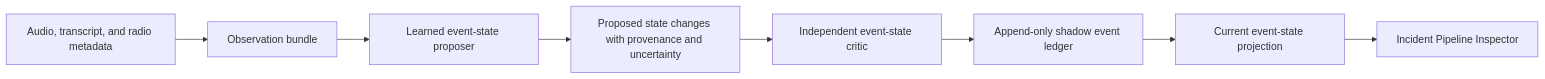
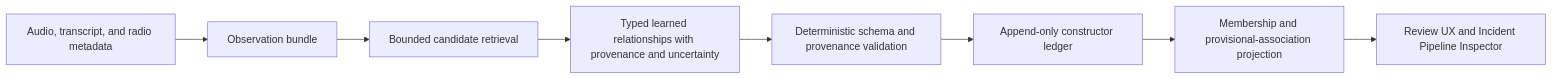
Before and after one commit to lilhoser/pizzawave: the diagram in docs/incident-pipeline-blank-slate-architecture.md, drawn with Mermaid. The commit also changed other lines of this file and 20 other files, not shown here.

Commit message:
Build typed incident association constructor

````diff
--- a/docs/incident-pipeline-blank-slate-architecture.md
+++ b/docs/incident-pipeline-blank-slate-architecture.md
@@ -123,10 +123,10 @@
 ```mermaid
 flowchart LR
     A["Audio, transcript, and radio metadata"] --> B["Observation bundle"]
-    B --> C["Learned event-state proposer"]
-    C --> D["Proposed state changes with provenance and uncertainty"]
-    D --> E["Independent event-state critic"]
-    E --> F["Append-only shadow event ledger"]
-    F --> G["Current event-state projection"]
-    G --> H["Incident Pipeline Inspector"]
+    B --> C["Bounded candidate retrieval"]
+    C --> D["Typed learned relationships with provenance and uncertainty"]
+    D --> E["Deterministic schema and provenance validation"]
+    E --> F["Append-only constructor ledger"]
+    F --> G["Membership and provisional-association projection"]
+    G --> H["Review UX and Incident Pipeline Inspector"]
 ```
````
